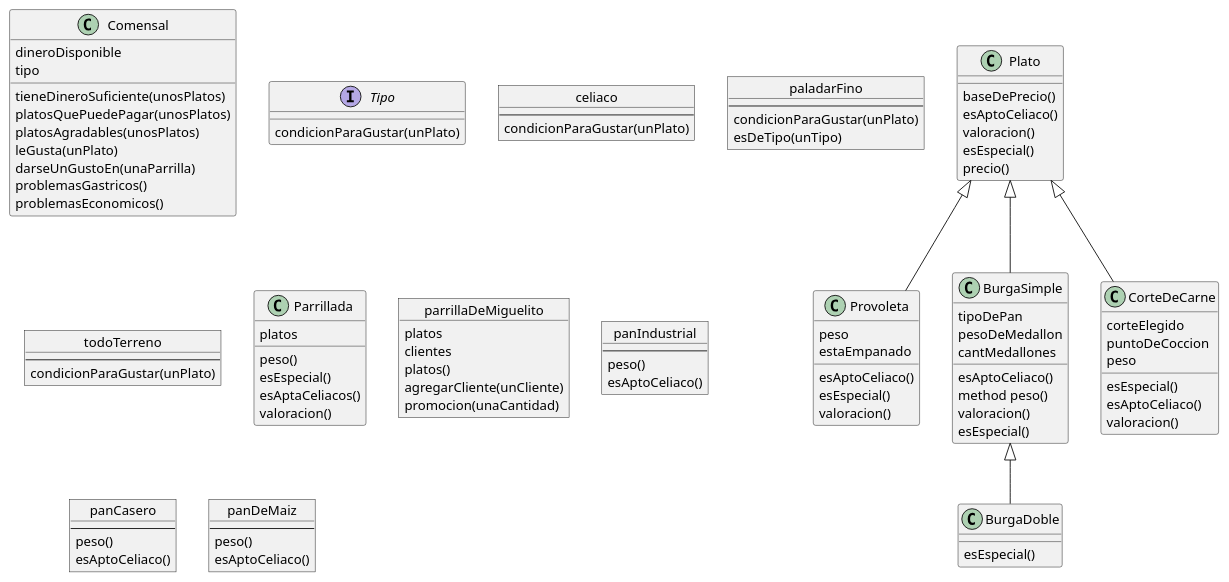
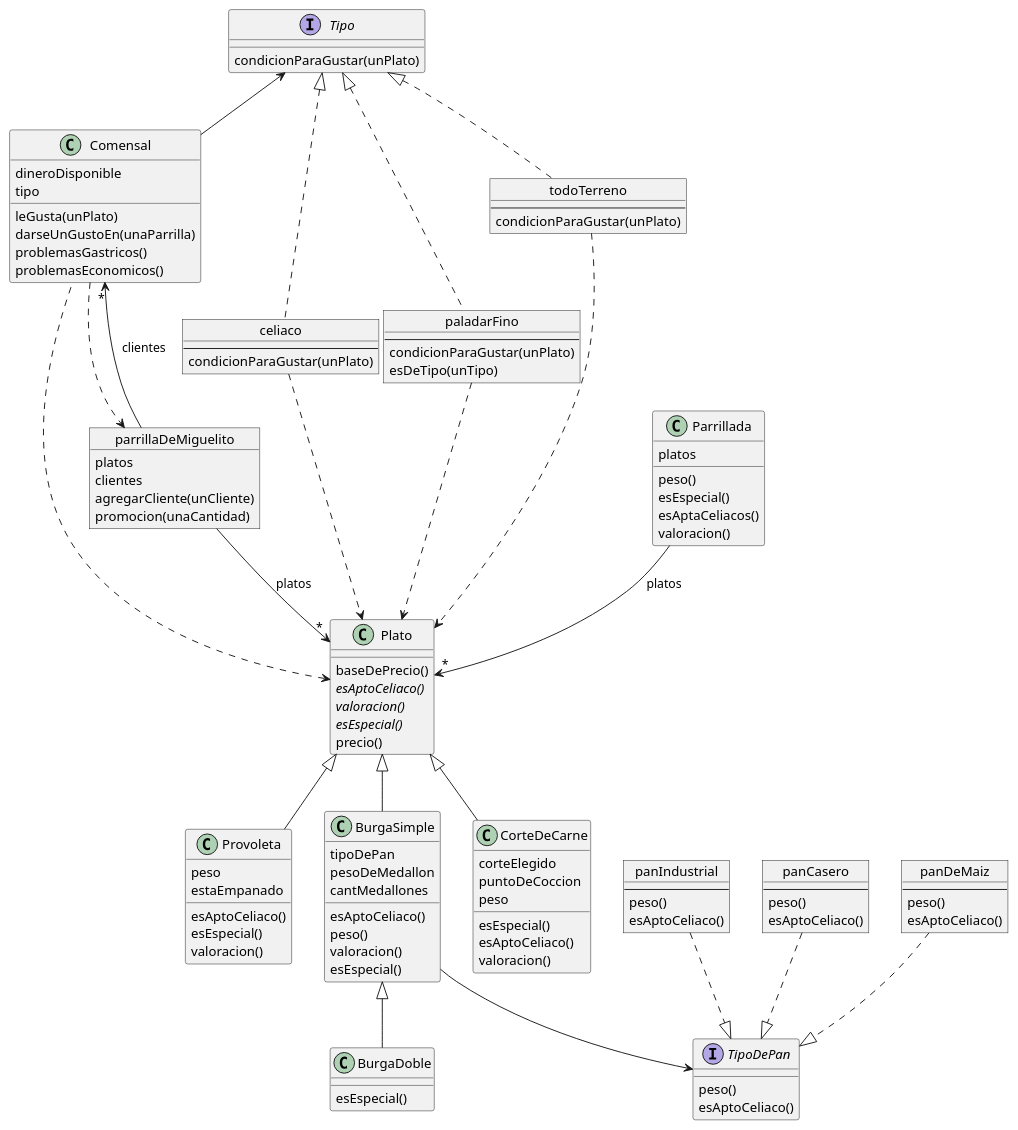
One commit to JuanmaIglesias10/RepoComunitarioPdeP changed the diagram in parciales-objetos/LaParrilla/ResolucionPropia/LaParrilla.wsd. Above: the diagram before and after it, drawn with PlantUML. The commit also changed 1 other file, not shown here.

```diff
--- a/parciales-objetos/LaParrilla/ResolucionPropia/LaParrilla.wsd
+++ b/parciales-objetos/LaParrilla/ResolucionPropia/LaParrilla.wsd
@@ -1,107 +1,126 @@
 @startuml
 
 class Comensal {
 	dineroDisponible
-	tipo
-	tieneDineroSuficiente(unosPlatos)
-    platosQuePuedePagar(unosPlatos) 
-	platosAgradables(unosPlatos) 
+	tipo 
     leGusta(unPlato)  
 	darseUnGustoEn(unaParrilla) 	
 	problemasGastricos()
 	problemasEconomicos()
 }
 
 interface Tipo{
     condicionParaGustar(unPlato)
 }
 
 object celiaco{
 ---
 	condicionParaGustar(unPlato) 
 }
 
 object paladarFino {
 ---
 	condicionParaGustar(unPlato)  
     esDeTipo(unTipo) 
 }
 
 object todoTerreno {
 ---
 	condicionParaGustar(unPlato)
 }
 
 class Parrillada {
 	platos 
 	peso()  
 	esEspecial()
 	esAptaCeliacos()
     valoracion() 
 }
 
 object parrillaDeMiguelito {
 	platos 
 	clientes 
-	platos() 
 	agregarCliente(unCliente)
 	promocion(unaCantidad) 
 }
 
 class Plato {
 	
     baseDePrecio() 	
-    esAptoCeliaco()
-    valoracion()
-    esEspecial()
+    {abstract} esAptoCeliaco()
+    {abstract} valoracion()
+    {abstract} esEspecial()
     precio() 
 }
 
 class Provoleta extends Plato {
 	peso
 	estaEmpanado
 	esAptoCeliaco()
     esEspecial() 
 	valoracion()
 }
 
 class BurgaSimple extends Plato {
 	tipoDePan
 	pesoDeMedallon
 	cantMedallones 
 	esAptoCeliaco()
-	method peso()
+	peso()
 	valoracion()	
 	esEspecial()
+}
+
+interface TipoDePan {
+    peso() 
+	esAptoCeliaco()
 }
 
 class BurgaDoble extends BurgaSimple{
 	esEspecial()
 }
 
 class CorteDeCarne extends Plato {
 	corteElegido
 	puntoDeCoccion
 	peso
 	esEspecial()
     esAptoCeliaco()
 	valoracion()
 }
 object panIndustrial {
 ---
     peso() 
 	esAptoCeliaco()
 }
 
 object panCasero {
 ---
 	peso()
 	esAptoCeliaco()
 }
 
 object panDeMaiz {
 ---
     peso()
 	esAptoCeliaco()
 }
+
+Comensal .left.> Plato
+Comensal ..> parrillaDeMiguelito
+Comensal -up-> Tipo
+celiaco .up.|> Tipo
+paladarFino .up.|> Tipo
+todoTerreno .up.|> Tipo 
+celiaco ..> Plato
+paladarFino ..> Plato
+todoTerreno ..> Plato
+Parrillada --> "*" Plato : platos
+parrillaDeMiguelito --> "*" Plato : platos
+parrillaDeMiguelito --> "*" Comensal : clientes
+BurgaSimple --> TipoDePan
+panCasero ..|> TipoDePan
+panDeMaiz ..|> TipoDePan 
+panIndustrial ..|> TipoDePan
+
 @enduml
```
